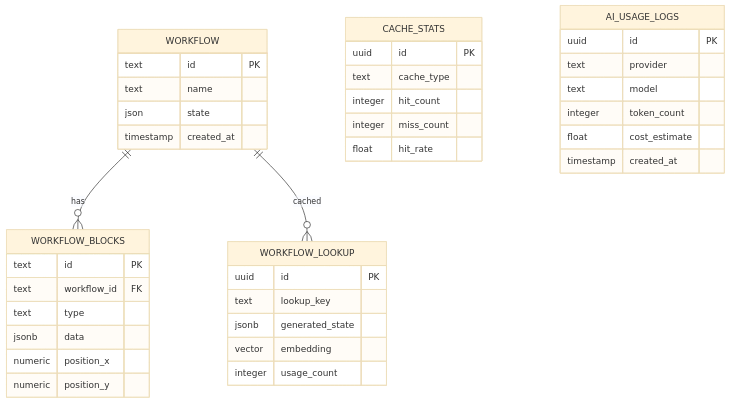
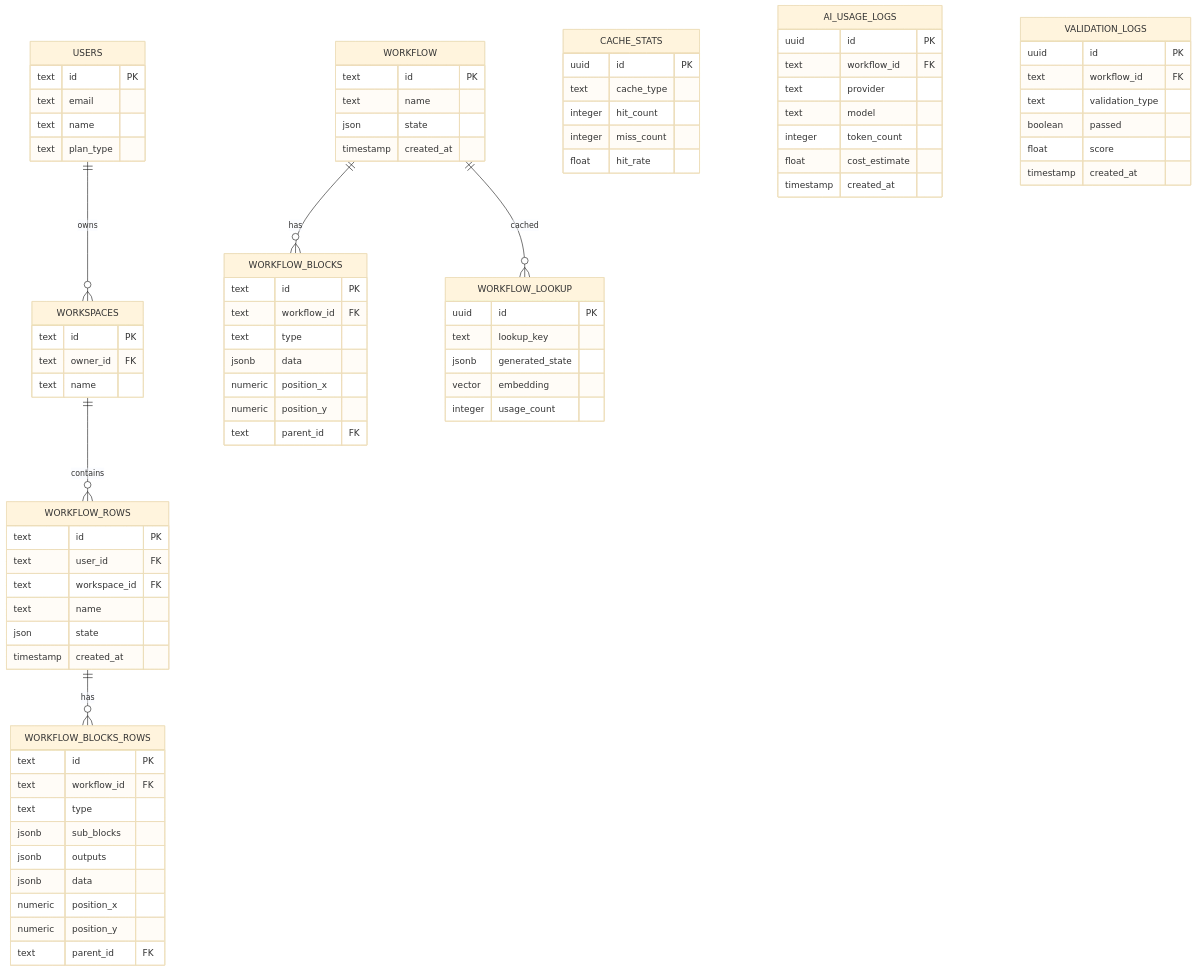
One commit to Rizkin/Solidus changed the third of 3 diagrams in docs/TECHNICAL_ARCHITECTURE.md. Above: the diagram before and after it, drawn with Mermaid (base theme). The commit also changed other lines of this file and 2 other files, not shown here.

Commit message:
docs(api): fix UTF-8 headers and meta charset for /api/docs; update PRD v2.0 and technical architecture to current schema/migration/analytics

````diff
--- a/docs/TECHNICAL_ARCHITECTURE.md
+++ b/docs/TECHNICAL_ARCHITECTURE.md
@@ -142,12 +129,41 @@
 ```mermaid
 erDiagram
+    USERS {
+        text id PK
+        text email
+        text name
+        text plan_type
+    }
+    WORKSPACES {
+        text id PK
+        text owner_id FK
+        text name
+    }
+    WORKFLOW_ROWS {
+        text id PK
+        text user_id FK
+        text workspace_id FK
+        text name
+        json state
+        timestamp created_at
+    }
+    WORKFLOW_BLOCKS_ROWS {
+        text id PK
+        text workflow_id FK
+        text type
+        jsonb sub_blocks
+        jsonb outputs
+        jsonb data
+        numeric position_x
+        numeric position_y
+        text parent_id FK
+    }
     WORKFLOW {
         text id PK
         text name
         json state
         timestamp created_at
     }
-    
     WORKFLOW_BLOCKS {
         text id PK
         text workflow_id FK
@@ -155,8 +171,8 @@
         jsonb data
         numeric position_x
         numeric position_y
+        text parent_id FK
     }
-    
     WORKFLOW_LOOKUP {
         uuid id PK
         text lookup_key
@@ -164,7 +180,6 @@
         vector embedding
         integer usage_count
     }
-    
     CACHE_STATS {
         uuid id PK
         text cache_type
@@ -172,16 +187,27 @@
         integer miss_count
         float hit_rate
     }
-    
     AI_USAGE_LOGS {
         uuid id PK
+        text workflow_id FK
         text provider
         text model
         integer token_count
         float cost_estimate
         timestamp created_at
     }
-    
+    VALIDATION_LOGS {
+        uuid id PK
+        text workflow_id FK
+        text validation_type
+        boolean passed
+        float score
+        timestamp created_at
+    }
+
+    USERS ||--o{ WORKSPACES : owns
+    WORKSPACES ||--o{ WORKFLOW_ROWS : contains
+    WORKFLOW_ROWS ||--o{ WORKFLOW_BLOCKS_ROWS : has
     WORKFLOW ||--o{ WORKFLOW_BLOCKS : has
     WORKFLOW ||--o{ WORKFLOW_LOOKUP : cached
 ```
````
